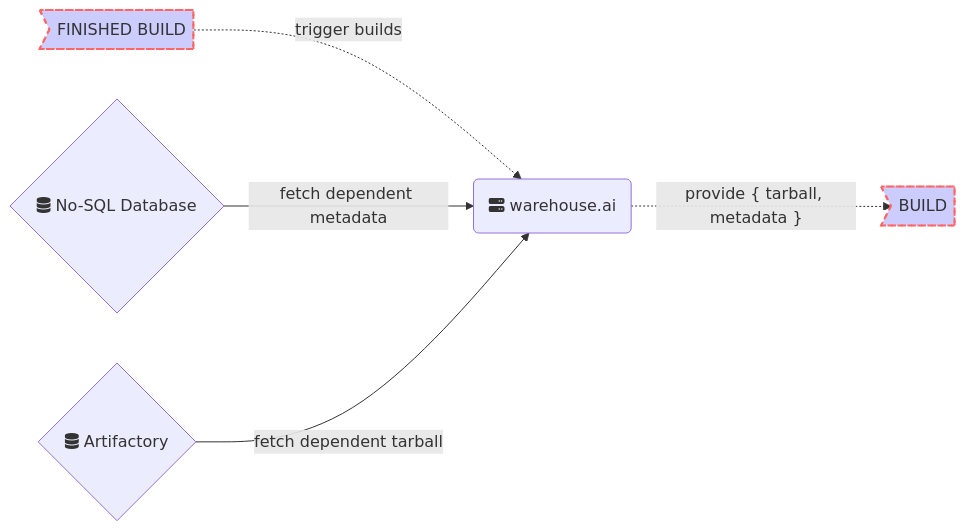
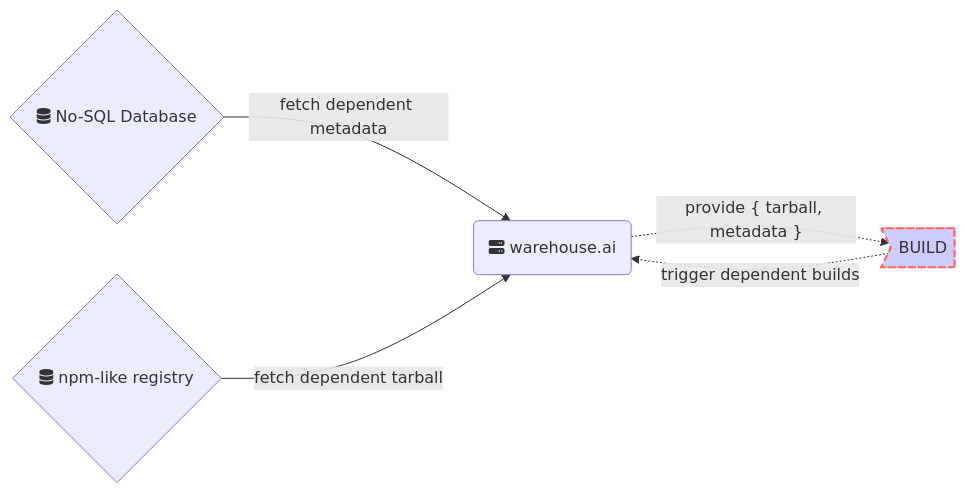
Before and after one commit to godaddy/warehouse.ai: the diagram in assets/diagrams/dependent.mmd, drawn with Mermaid. The commit also changed 11 other files, not shown here.

```diff
--- a/assets/diagrams/dependent.mmd
+++ b/assets/diagrams/dependent.mmd
@@ -1,14 +1,12 @@
 graph LR
-A>FINISHED BUILD]
 B(fa:fa-server warehouse.ai)
 C{fa:fa-database No-SQL Database}
-D{fa:fa-database Artifactory}
+D{fa:fa-database npm-like registry}
 E>BUILD]
 
-A -.-> |"trigger builds"| B
+E -.-> |"trigger dependent builds"| B
 C --> |"fetch dependent metadata"| B
 D --> |"fetch dependent tarball"| B
 B -.-> |"provide { tarball, metadata }"| E
 
-style A fill:#ccf,stroke:#f66,stroke-width:2px,stroke-dasharray: 5, 5
 style E fill:#ccf,stroke:#f66,stroke-width:2px,stroke-dasharray: 5, 5
```
